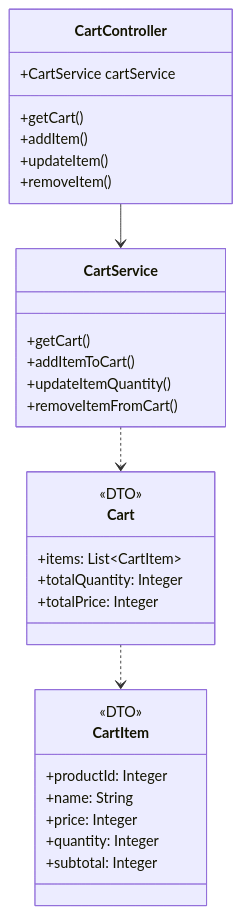
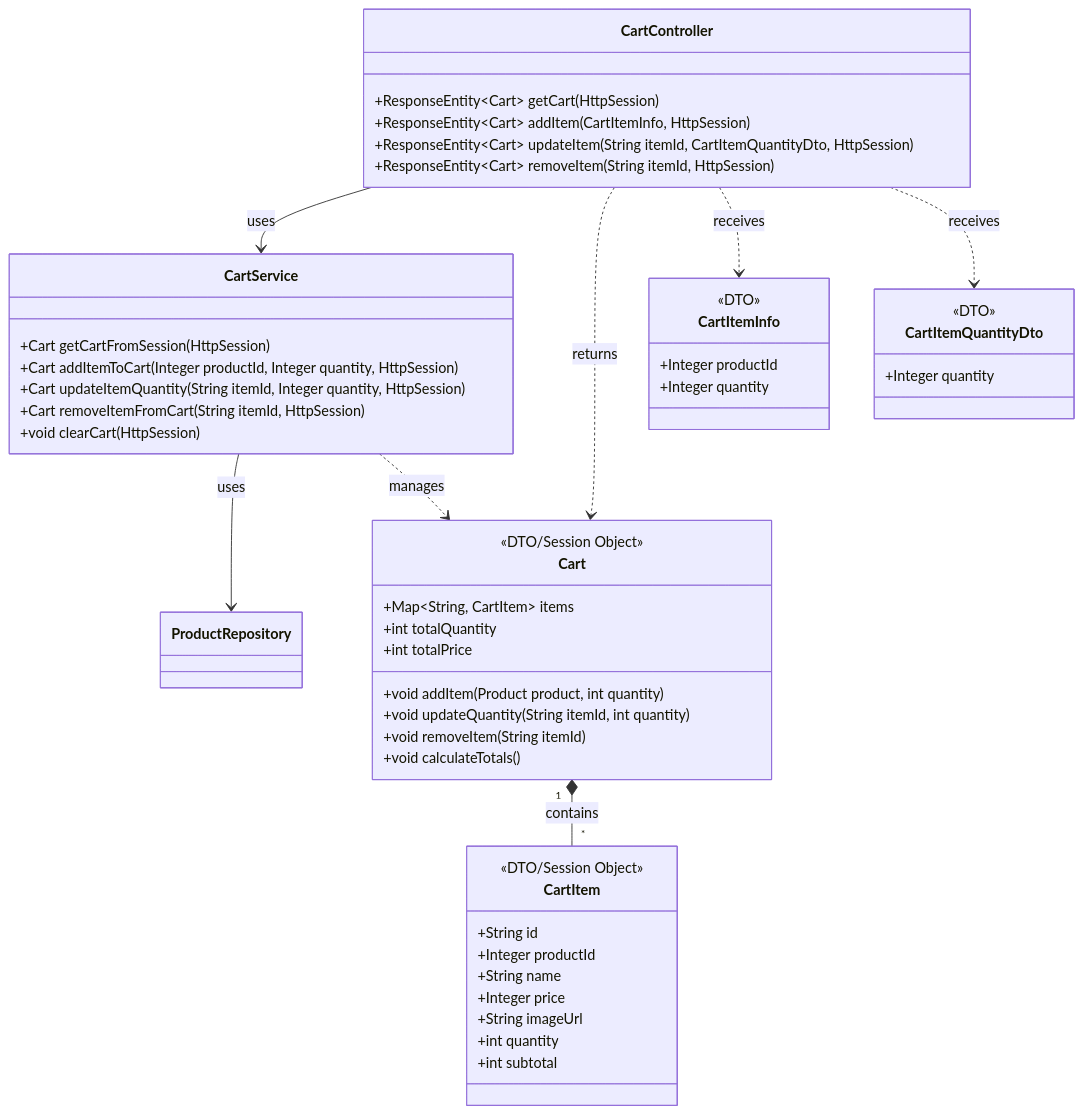
Before and after one commit to Hinako-Kimura127/neko: the second of 4 diagrams in 詳細設計/詳細設計.md, drawn with Mermaid. The commit also changed other lines of this file, not shown here.

```diff
--- a/詳細設計/詳細設計.md
+++ b/詳細設計/詳細設計.md
@@ -228,35 +228,58 @@
 <div class="mermaid">
 classDiagram
+    class CartController {
+        +ResponseEntity~Cart~ getCart(HttpSession)
+        +ResponseEntity~Cart~ addItem(CartItemInfo, HttpSession)
+        +ResponseEntity~Cart~ updateItem(String itemId, CartItemQuantityDto, HttpSession)
+        +ResponseEntity~Cart~ removeItem(String itemId, HttpSession)
+    }
 
-class CartController {
-    +CartService cartService
-    +getCart()
-    +addItem()
-    +updateItem()
-    +removeItem()
-}
-class CartService {
-    +getCart()
-    +addItemToCart()
-    +updateItemQuantity()
-    +removeItemFromCart()
-}
-class Cart {
-    <<DTO>>
-    +items: List~CartItem~
-    +totalQuantity: Integer
-    +totalPrice: Integer
-}
-class CartItem {
-    <<DTO>>
-    +productId: Integer
-    +name: String
-    +price: Integer
-    +quantity: Integer
-    +subtotal: Integer
-}
+    class CartService {
+        +Cart getCartFromSession(HttpSession)
+        +Cart addItemToCart(Integer productId, Integer quantity, HttpSession)
+        +Cart updateItemQuantity(String itemId, Integer quantity, HttpSession)
+        +Cart removeItemFromCart(String itemId, HttpSession)
+        +void clearCart(HttpSession)
+    }
 
-CartController --> CartService
-CartService ..> Cart
-Cart ..> CartItem
+    class Cart {
+        <<DTO/Session Object>>
+        +Map~String, CartItem~ items
+        +int totalQuantity
+        +int totalPrice
+        +void addItem(Product product, int quantity)
+        +void updateQuantity(String itemId, int quantity)
+        +void removeItem(String itemId)
+        +void calculateTotals()
+    }
+
+    class CartItem {
+        <<DTO/Session Object>>
+        +String id
+        +Integer productId
+        +String name
+        +Integer price
+        +String imageUrl
+        +int quantity
+        +int subtotal
+    }
+
+    class CartItemInfo {
+        <<DTO>>
+        +Integer productId
+        +Integer quantity
+    }
+
+    class CartItemQuantityDto {
+        <<DTO>>
+        +Integer quantity
+    }
+
+    CartController --> CartService : uses
+    CartService --> ProductRepository : uses
+    CartService ..> Cart : manages
+    Cart "1" *-- "*" CartItem : contains
+    CartController ..> Cart : returns
+    CartController ..> CartItemInfo : receives
+    CartController ..> CartItemQuantityDto : receives
 </div>
```
